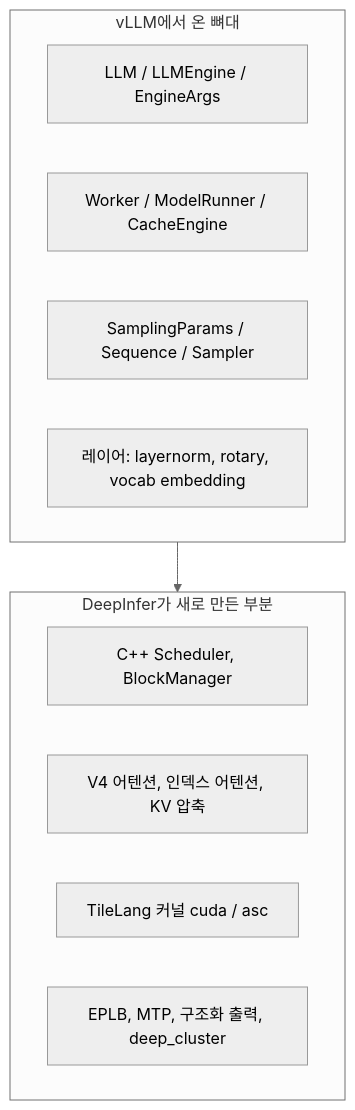
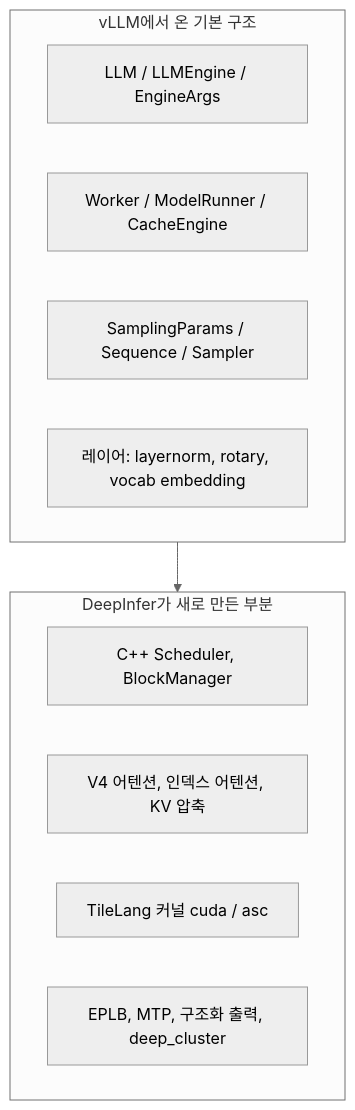
Before and after one commit to workdd/wikidocs-deepinfer: the second of 2 diagrams in pages/01-overview.md, drawn with Mermaid (neutral theme). The commit also changed other lines of this file and 57 other files, not shown here.

````diff
--- a/pages/01-overview.md
+++ b/pages/01-overview.md
@@ -114,16 +114,16 @@
 ```mermaid
 flowchart TB
-    subgraph V[vLLM에서 온 뼈대]
+    subgraph V[vLLM에서 온 기본 구조]
         A[LLM / LLMEngine / EngineArgs]
         B[Worker / ModelRunner / CacheEngine]
         C[SamplingParams / Sequence / Sampler]
         D[레이어: layernorm, rotary, vocab embedding]
     end
     subgraph N[DeepInfer가 새로 만든 부분]
         E[C++ Scheduler, BlockManager]
         F[V4 어텐션, 인덱스 어텐션, KV 압축]
         G[TileLang 커널 cuda / asc]
         H[EPLB, MTP, 구조화 출력, deep_cluster]
     end
     V --> N
 ```
````
